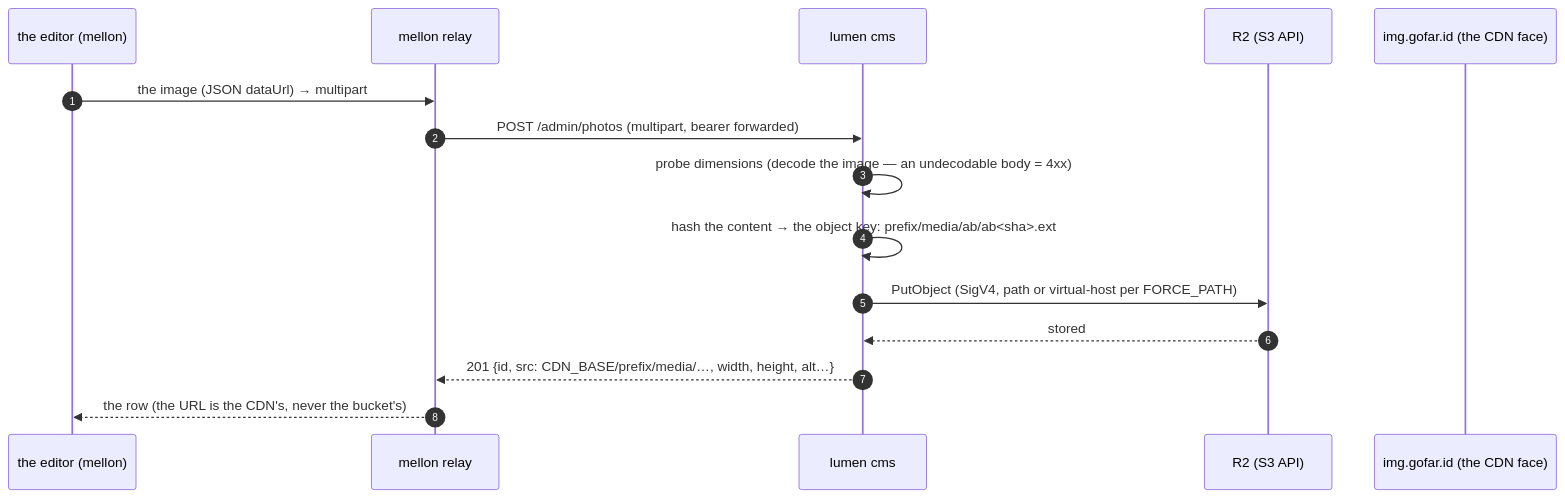
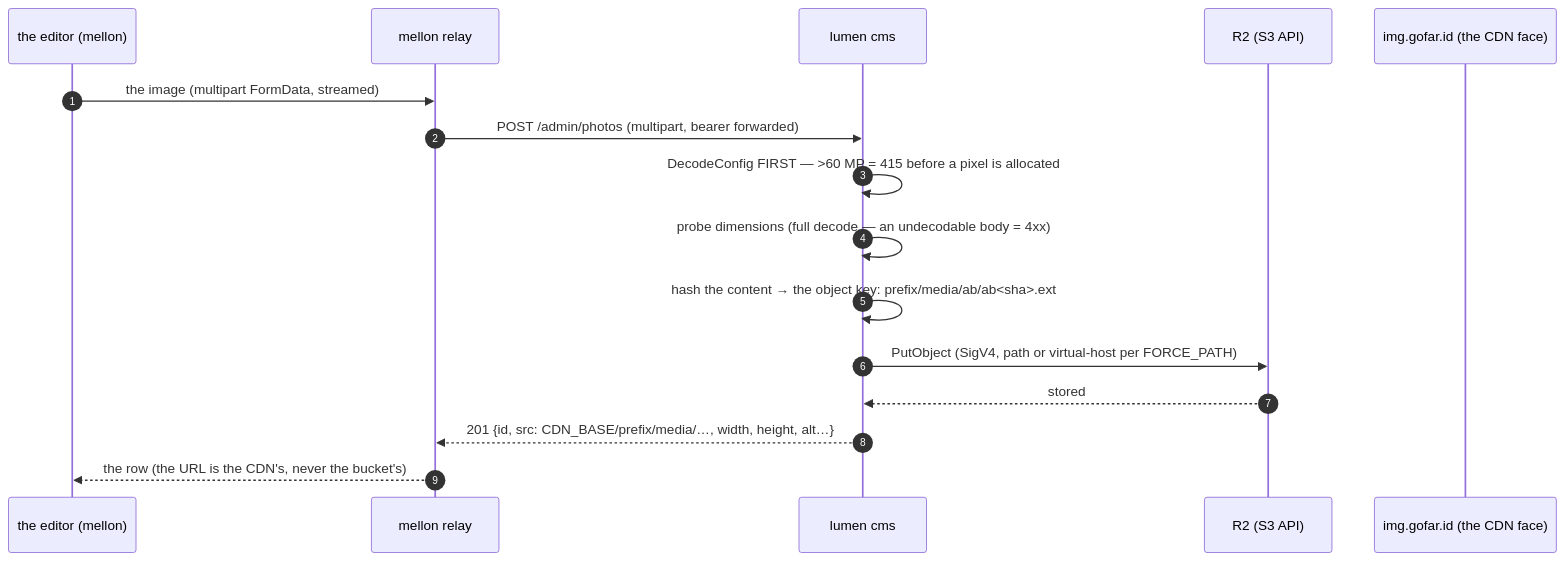
One commit to kanatabi/omicron changed the diagram in context-knowledge/repos/lumen/media-relay.md. Above: the diagram before and after it, drawn with Mermaid. The commit also changed other lines of this file and 5 other files, not shown here.

````diff
--- a/context-knowledge/repos/lumen/media-relay.md
+++ b/context-knowledge/repos/lumen/media-relay.md
@@ -16,18 +16,19 @@
 ```mermaid
 sequenceDiagram
     autonumber
     participant E as the editor (mellon)
     participant M as mellon relay
     participant C as lumen cms
     participant R2 as R2 (S3 API)
     participant CDN as img.gofar.id (the CDN face)
 
-    E->>M: the image (JSON dataUrl) → multipart
+    E->>M: the image (multipart FormData, streamed)
     M->>C: POST /admin/photos (multipart, bearer forwarded)
-    C->>C: probe dimensions (decode the image — an undecodable body = 4xx)
+    C->>C: DecodeConfig FIRST — >60 MP = 415 before a pixel is allocated
+    C->>C: probe dimensions (full decode — an undecodable body = 4xx)
     C->>C: hash the content → the object key: prefix/media/ab/ab<sha>.ext
     C->>R2: PutObject (SigV4, path or virtual-host per FORCE_PATH)
     R2-->>C: stored
     C-->>M: 201 {id, src: CDN_BASE/prefix/media/…, width, height, alt…}
     M-->>E: the row (the URL is the CDN's, never the bucket's)
 ```
````
